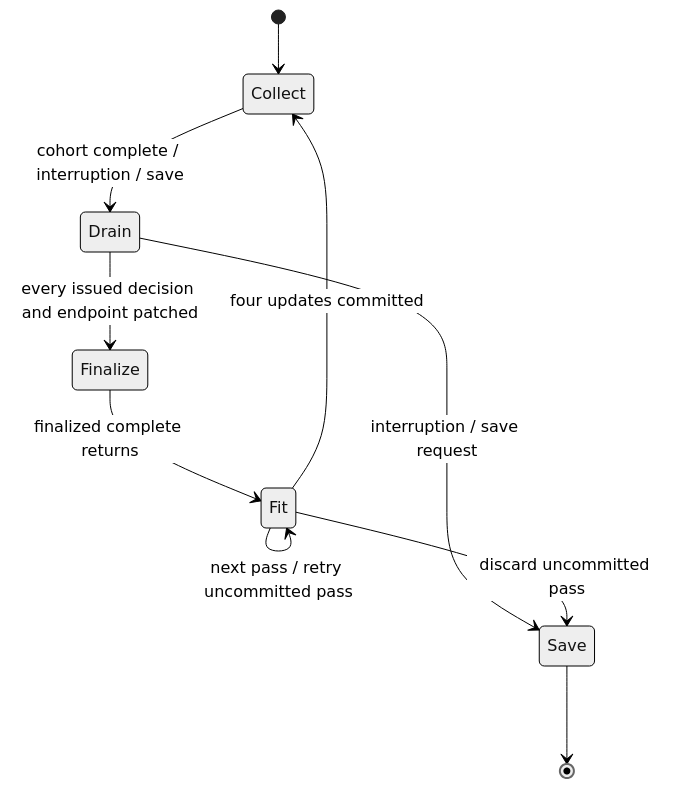
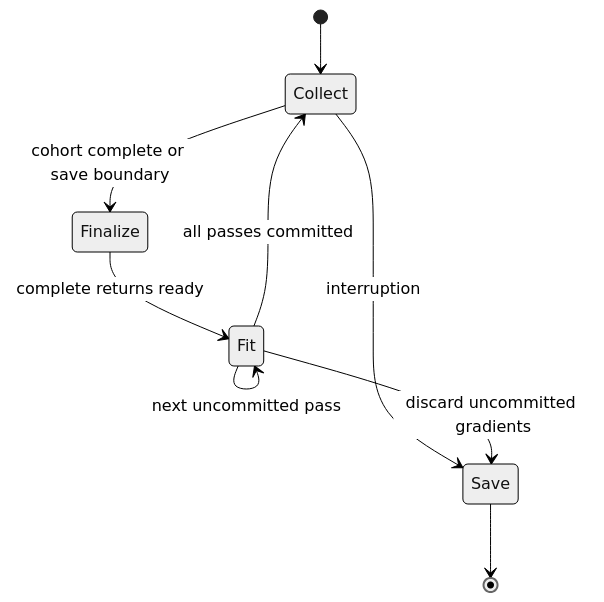
The third of 3 diagrams in docs/architecture.md (Comb1e/RL-Pvz), drawn with Mermaid (neutral theme) before and after one commit. The commit also changed other lines of this file and 47 other files, not shown here.

````diff
--- a/docs/architecture.md
+++ b/docs/architecture.md
@@ -150,12 +95,11 @@
 ```mermaid
 stateDiagram-v2
     [*] --> Collect
-    Collect --> Drain: cohort complete / interruption / save
-    Drain --> Finalize: every issued decision and endpoint patched
-    Finalize --> Fit: finalized complete returns
-    Fit --> Fit: next pass / retry uncommitted pass
-    Fit --> Collect: four updates committed
-    Drain --> Save: interruption / save request
-    Fit --> Save: discard uncommitted pass
+    Collect --> Finalize: cohort complete or save boundary
+    Finalize --> Fit: complete returns ready
+    Fit --> Fit: next uncommitted pass
+    Fit --> Collect: all passes committed
+    Collect --> Save: interruption
+    Fit --> Save: discard uncommitted gradients
     Save --> [*]
 ```
````
